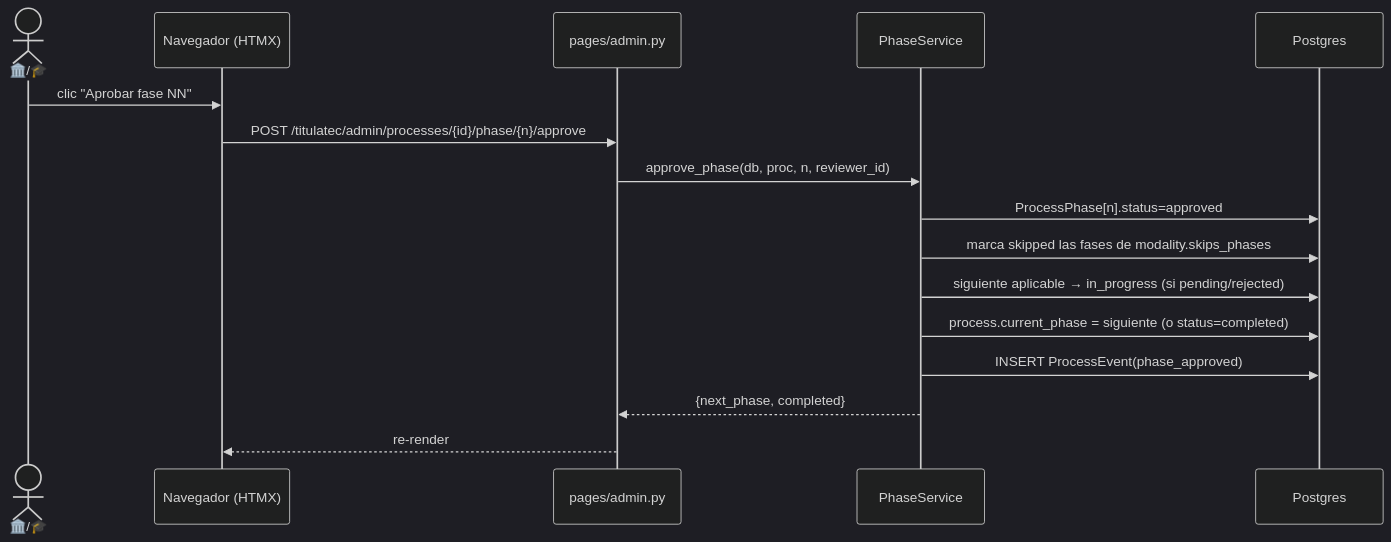
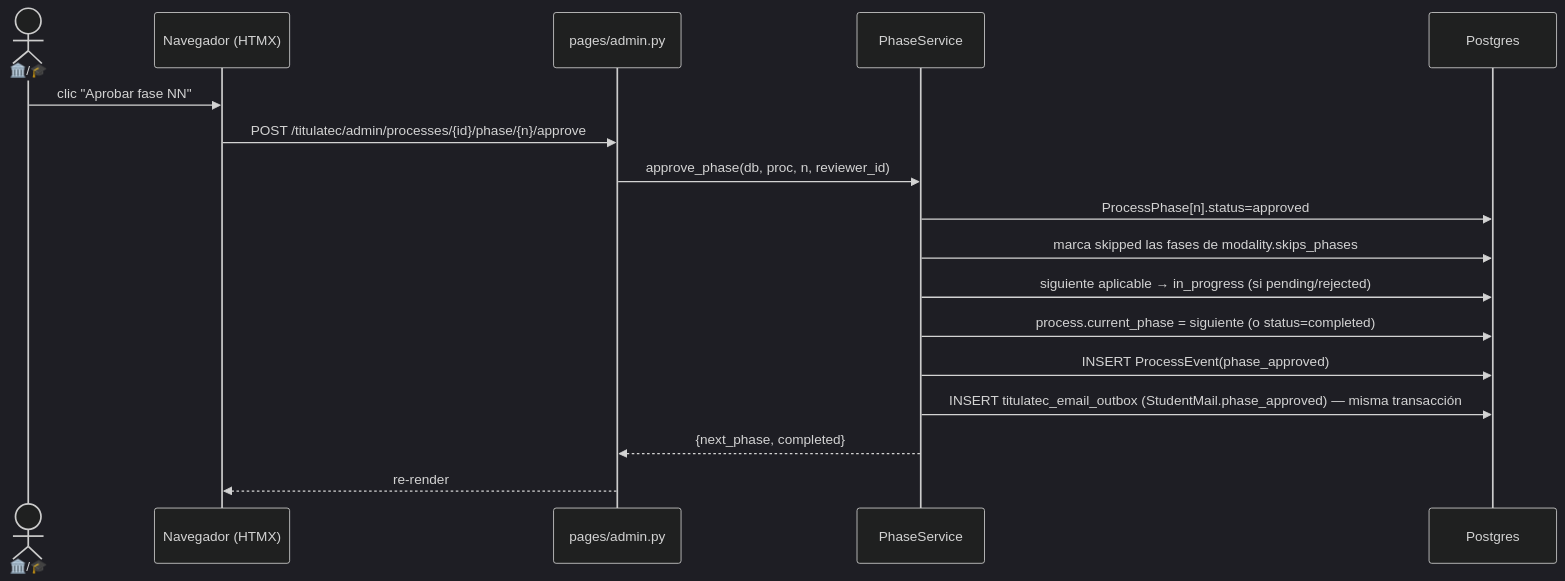
One commit to Erne1357/itcj changed the diagram in itcj2/apps/titulatec/docs/flows/engine_approve_advance_phase.md. Above: the diagram before and after it, drawn with Mermaid (dark theme). The commit also changed other lines of this file and 11 other files, not shown here.

````diff
--- a/itcj2/apps/titulatec/docs/flows/engine_approve_advance_phase.md
+++ b/itcj2/apps/titulatec/docs/flows/engine_approve_advance_phase.md
@@ -22,18 +22,19 @@
 ```mermaid
 sequenceDiagram
     actor A as 🏛️/🎓
     participant FE as Navegador (HTMX)
     participant API as pages/admin.py
     participant SVC as PhaseService
     participant DB as Postgres
     A->>FE: clic "Aprobar fase NN"
     FE->>API: POST /titulatec/admin/processes/{id}/phase/{n}/approve
     API->>SVC: approve_phase(db, proc, n, reviewer_id)
     SVC->>DB: ProcessPhase[n].status=approved
     SVC->>DB: marca skipped las fases de modality.skips_phases
     SVC->>DB: siguiente aplicable → in_progress (si pending/rejected)
     SVC->>DB: process.current_phase = siguiente  (o status=completed)
     SVC->>DB: INSERT ProcessEvent(phase_approved)
+    SVC->>DB: INSERT titulatec_email_outbox (StudentMail.phase_approved) — misma transacción
     SVC-->>API: {next_phase, completed}
     API-->>FE: re-render #process-detail (partial)
 ```
````
